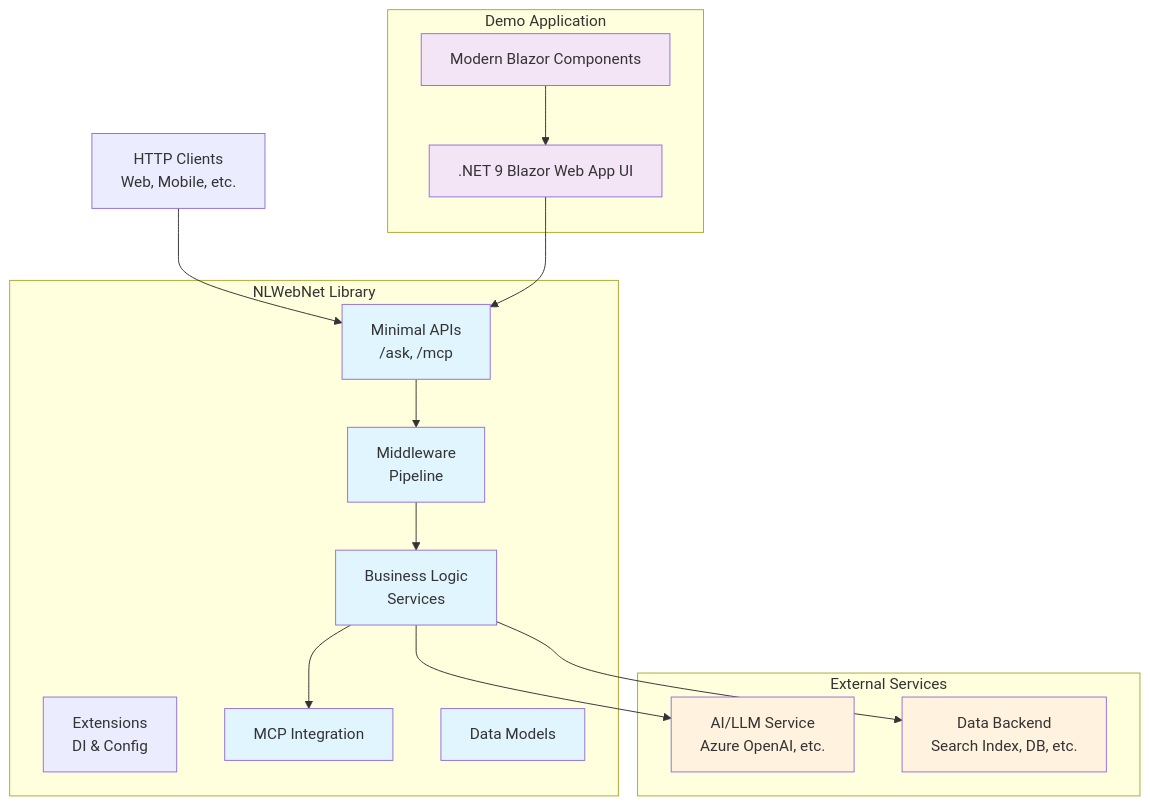
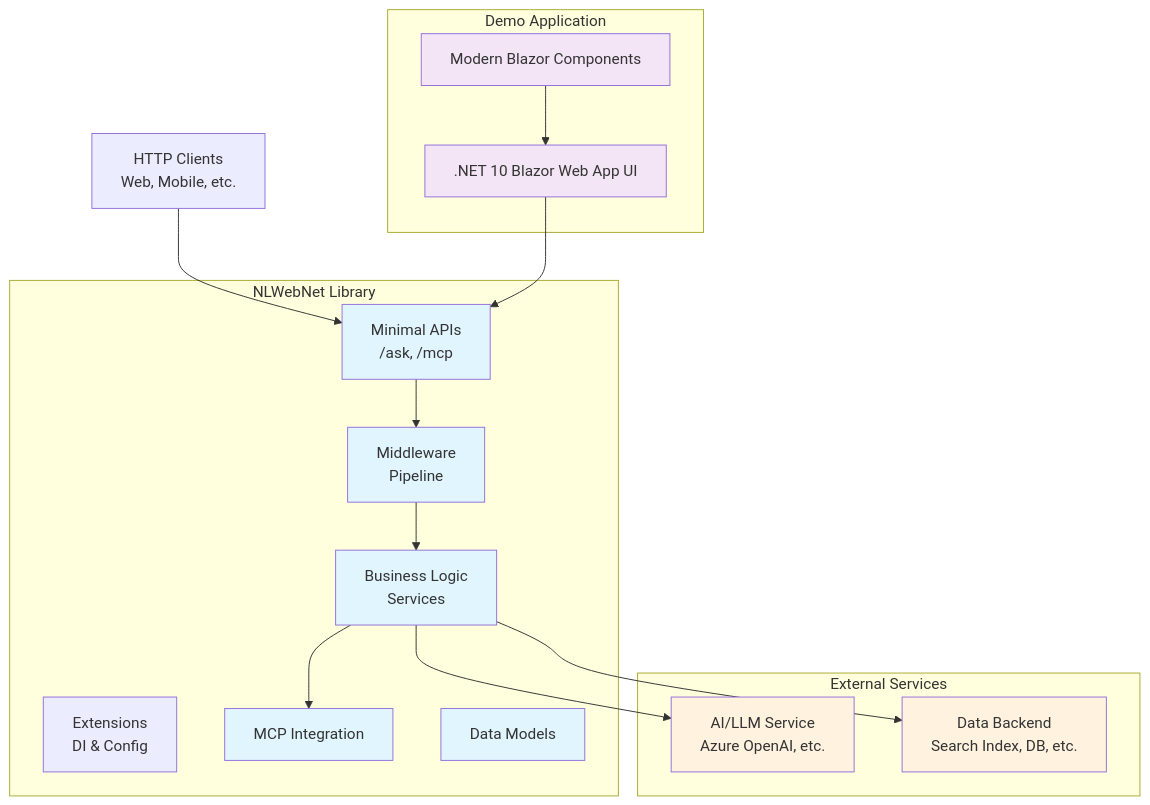
Before and after one commit to nlweb-ai/nlweb-net: the second of 2 diagrams in README.md, drawn with Mermaid. The commit also changed other lines of this file and 8 other files, not shown here.

````diff
--- a/README.md
+++ b/README.md
@@ -151,39 +151,39 @@
 ```mermaid
 graph TB
     subgraph "NLWebNet Library"
         API[Minimal APIs<br>/ask, /mcp]
         MW[Middleware<br>Pipeline]
         EXT[Extensions<br>DI & Config]
         SVC[Business Logic<br>Services]
         MCP[MCP Integration]
         MODELS[Data Models]
     end
       subgraph "Demo Application"
-        BLAZOR[.NET 9 Blazor Web App UI]
+        BLAZOR[.NET 10 Blazor Web App UI]
         DEMO[Modern Blazor Components]
     end
 
     subgraph "External Services"
         AI[AI/LLM Service<br>Azure OpenAI, etc.]
         DATA[Data Backend<br>Search Index, DB, etc.]
     end
 
     CLIENT[HTTP Clients<br>Web, Mobile, etc.] --> API
     BLAZOR --> API
     API --> MW
     MW --> SVC
     SVC --> MCP
     SVC --> AI
     SVC --> DATA
 
     DEMO --> BLAZOR
 
     classDef library fill:#e1f5fe
     classDef demo fill:#f3e5f5
     classDef external fill:#fff3e0
 
     class API,MW,SVC,MCP,MODELS library
     class BLAZOR,DEMO demo
     class AI,DATA external
 
 ```
````
